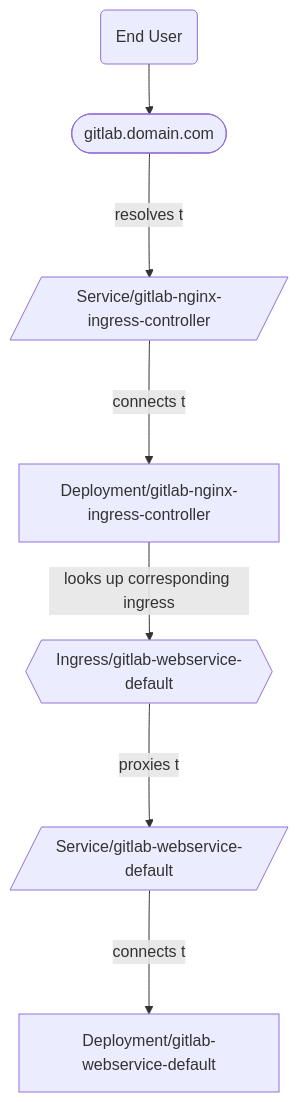
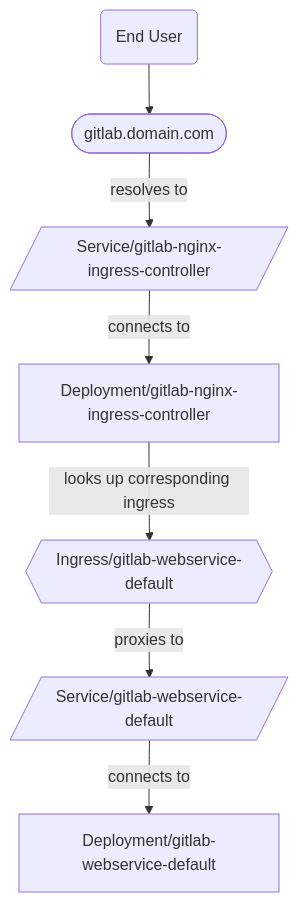
Before and after one commit to macosx-fromsource/intellij-community: the first of 2 diagrams in doc/openshift_ingress.md, drawn with Mermaid. The commit also changed other lines of this file, not shown here.

Commit message:
Docs: fix missing letters in charts
Fix mermaid formatting within docs, address missing
letters during render.

````diff
--- a/doc/openshift_ingress.md
+++ b/doc/openshift_ingress.md
@@ -24,9 +24,9 @@
 ```mermaid
 graph TD
     U(End User) --> GTLB([gitlab.domain.com])
-    GTLB --resolves to--> SRV_N[/Service/gitlab-nginx-ingress-controller/]
-    SRV_N --connects to--> DPL_N[Deployment/gitlab-nginx-ingress-controller]
+    GTLB -- resolves to --> SRV_N[/Service/gitlab-nginx-ingress-controller/]
+    SRV_N -- connects to --> DPL_N[Deployment/gitlab-nginx-ingress-controller]
     DPL_N -- looks up corresponding ingress --> ING{{Ingress/gitlab-webservice-default}}
-    ING --proxies to--> SRV_W[/Service/gitlab-webservice-default/]
-    SRV_W --connects to--> DPL_W[Deployment/gitlab-webservice-default]
+    ING -- proxies to --> SRV_W[/Service/gitlab-webservice-default/]
+    SRV_W -- connects to --> DPL_W[Deployment/gitlab-webservice-default]
 ```
````
